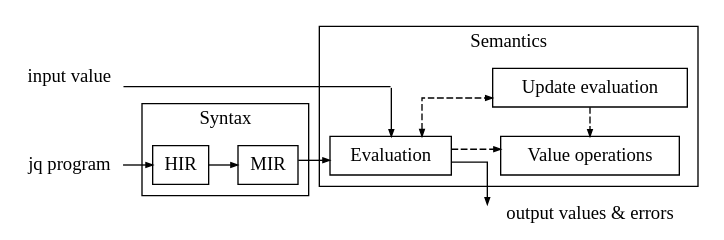
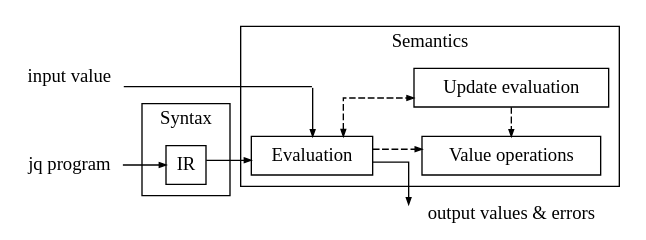
Before and after one commit to 01mf02/jq-lang-spec: the diagram in structure.dot, drawn with Graphviz.

Commit message:
Update structure diagram.

```diff
--- a/structure.dot
+++ b/structure.dot
@@ -1,37 +1,35 @@
 // Useful links:
 // https://stackoverflow.com/questions/7115870/creating-straight-edges-in-graphviz
 
 digraph {
   rankdir=LR
   splines=ortho
   ranksep=0.3
   nodesep=0.3
   node [shape=none margin=0 width=0.75 height=0.2]
   { rank=same; input [label="input value"]; program [label="jq program"]; }
   output [label="output values & errors"]
 
   node [shape=box margin=0.1 width=0 height=0]
   subgraph cluster_syntax {
     label="Syntax"
-    hir [label="HIR"]
-    mir [label="MIR"]
+    ir [label="IR"]
   }
   subgraph cluster_semantics {
     label = "Semantics"
     { rank=same; above_eval [width=0 shape=point label=""]; eval [label="Evaluation"] }
     { rank=same; update_eval [label="Update evaluation"]; value_ops [label="Value operations"] }
   }
 
   edge [arrowsize=0.5]
-  program -> hir
-  hir -> mir
-  mir -> eval
+  program -> ir
+  ir -> eval
   input -> above_eval [arrowhead=none]
   above_eval -> eval [tailport=center]
   eval -> output
 
   edge [style=dashed]
   eval -> update_eval [dir=both]
   eval -> value_ops
   update_eval -> value_ops
 }
```
